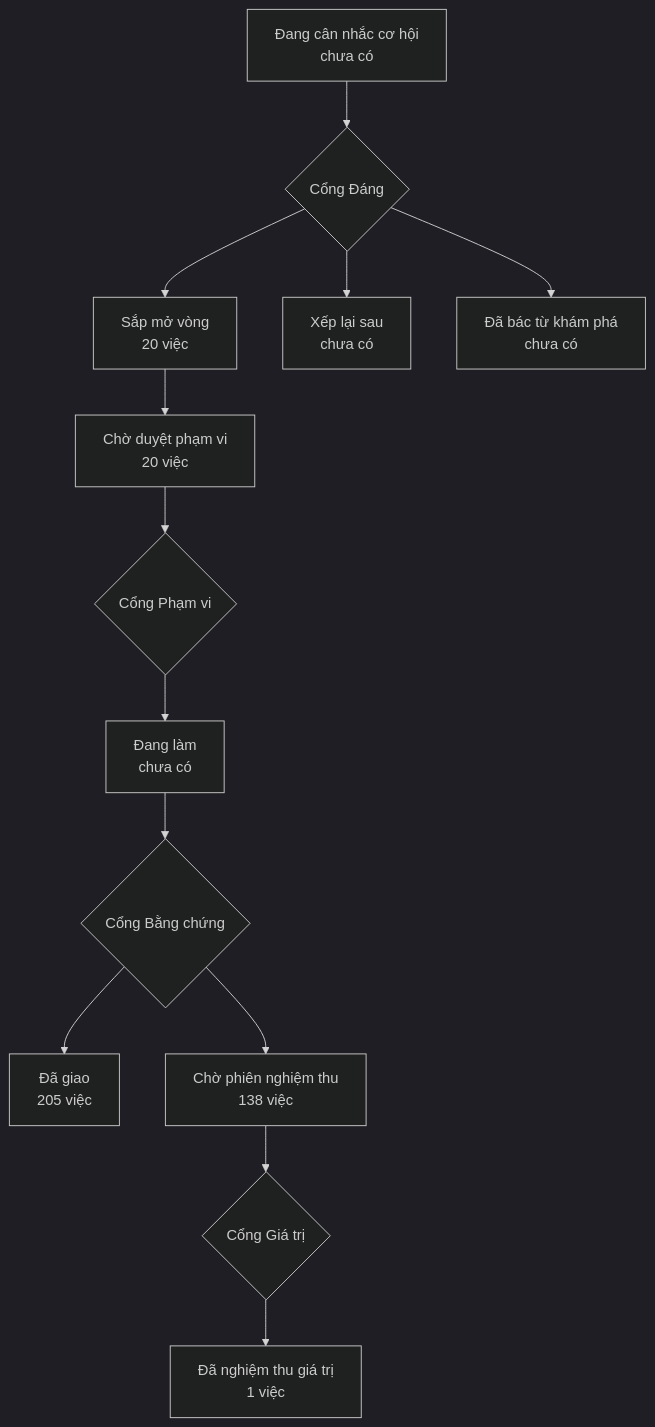
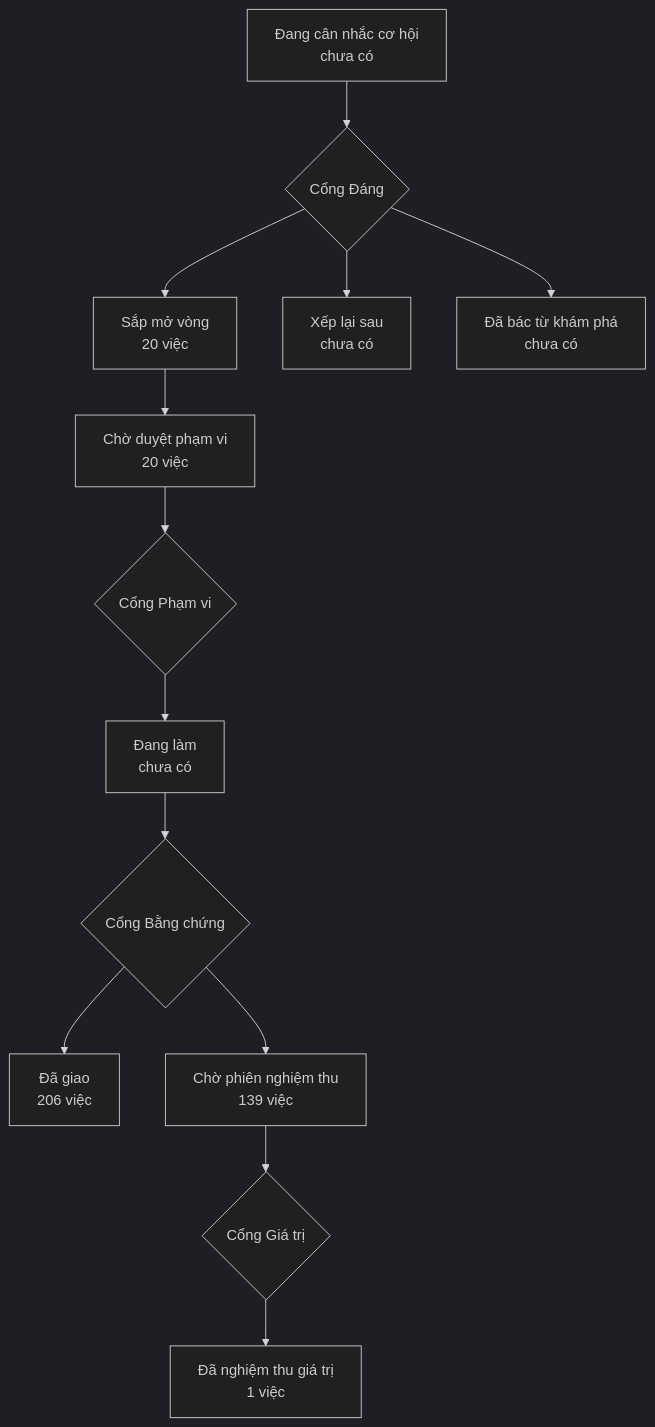
The diagram in PRODUCT-MAP.md (phanlemanh/onehub-invest), drawn with Mermaid (dark theme) before and after one commit. The commit also changed other lines of this file and 1 other file, not shown here.

Commit message:
docs(map): vẽ lại bản đồ sản phẩm, lộ trình sau khi nhận main (noi-phan-khu-trung-s16)

````diff
--- a/PRODUCT-MAP.md
+++ b/PRODUCT-MAP.md
@@ -7,12 +7,12 @@
 ```mermaid
 flowchart TD
   A["Đang cân nhắc cơ hội<br/>chưa có"] --> GD{"Cổng Đáng"}
   GD --> B["Sắp mở vòng<br/>20 việc"]
   GD --> XL["Xếp lại sau<br/>chưa có"]
   GD --> DB["Đã bác từ khám phá<br/>chưa có"]
   B --> CD["Chờ duyệt phạm vi<br/>20 việc"] --> GP{"Cổng Phạm vi"}
   GP --> DL["Đang làm<br/>chưa có"] --> GB{"Cổng Bằng chứng"}
-  GB --> DG["Đã giao<br/>205 việc"]
-  GB --> CN["Chờ phiên nghiệm thu<br/>138 việc"] --> GG{"Cổng Giá trị"}
+  GB --> DG["Đã giao<br/>206 việc"]
+  GB --> CN["Chờ phiên nghiệm thu<br/>139 việc"] --> GG{"Cổng Giá trị"}
   GG --> NT["Đã nghiệm thu giá trị<br/>1 việc"]
 ```
````
